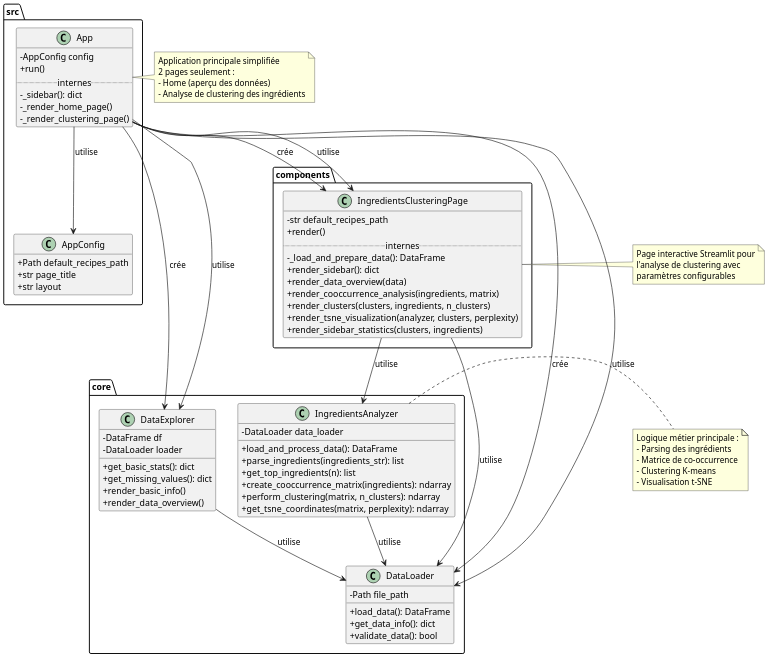
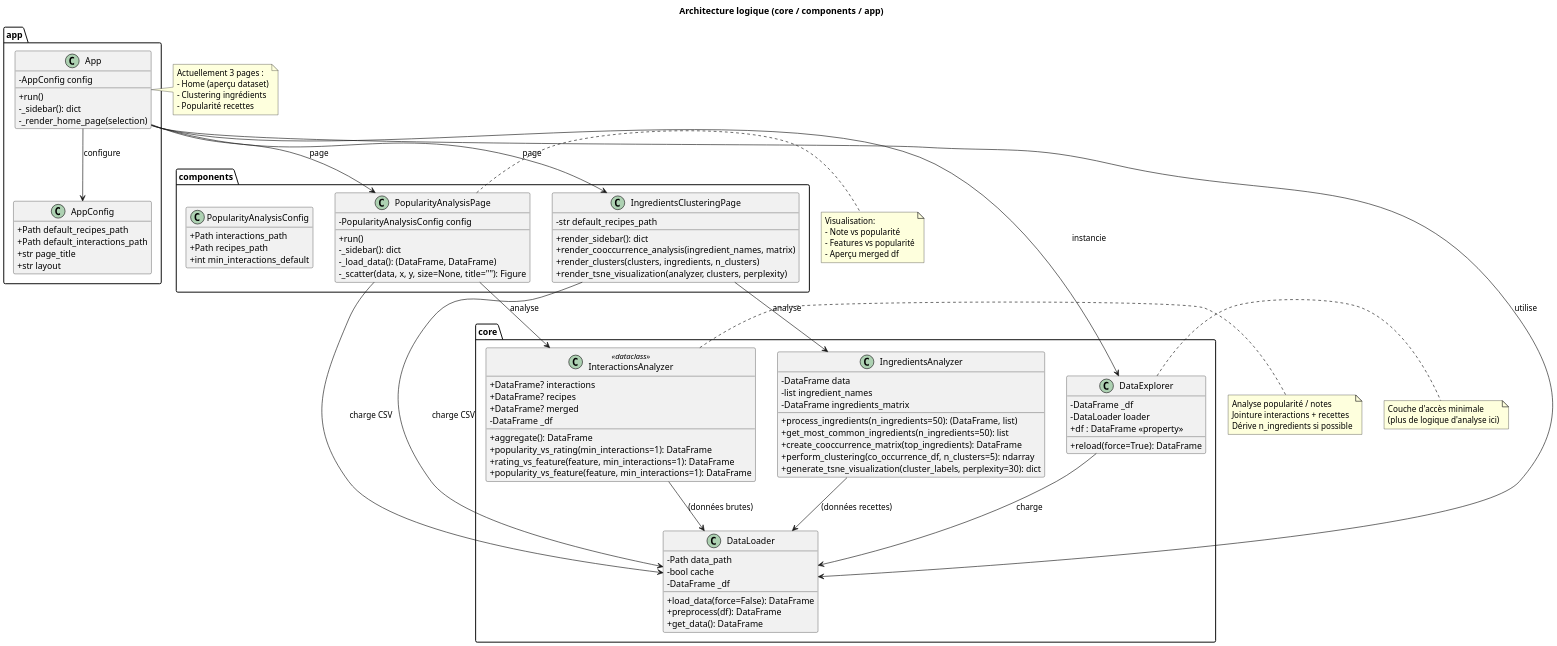
Before and after one commit to saraelmoun/IADATA700_mangetamain_fork: the diagram in docs/class-diagram.puml, drawn with PlantUML. The commit also changed 11 other files, not shown here.

```diff
--- a/docs/class-diagram.puml
+++ b/docs/class-diagram.puml
@@ -1,108 +1,130 @@
 @startuml class-diagram
 hide empty methods
 skinparam classAttributeIconSize 0
 skinparam shadowing false
-skinparam defaultFontName JetBrains Mono
+skinparam defaultFontName JetBrains Mono, Consolas, monospace
 skinparam dpi 150
 
-package "src" {
+title Architecture logique (core / components / app)
+
+package "app" {
     class App {
         -AppConfig config
         +run()
-        ..internes..
         -_sidebar(): dict
-        -_render_home_page()
-        -_render_clustering_page()
+        -_render_home_page(selection)
     }
-
     class AppConfig {
         +Path default_recipes_path
+        +Path default_interactions_path
         +str page_title
         +str layout
     }
 }
 
 package "core" {
     class DataLoader {
-        -Path file_path
-        +load_data(): DataFrame
-        +get_data_info(): dict
-        +validate_data(): bool
+        -Path data_path
+        -bool cache
+        -DataFrame _df
+        +load_data(force=False): DataFrame
+        +preprocess(df): DataFrame
+        +get_data(): DataFrame
     }
 
     class DataExplorer {
-        -DataFrame df
+        -DataFrame _df
         -DataLoader loader
-        +get_basic_stats(): dict
-        +get_missing_values(): dict
-        +render_basic_info()
-        +render_data_overview()
+        +df : DataFrame <<property>>
+        +reload(force=True): DataFrame
+    }
+
+    class InteractionsAnalyzer <<dataclass>> {
+        +DataFrame? interactions
+        +DataFrame? recipes
+        +DataFrame? merged
+        -DataFrame _df
+        +aggregate(): DataFrame
+        +popularity_vs_rating(min_interactions=1): DataFrame
+        +rating_vs_feature(feature, min_interactions=1): DataFrame
+        +popularity_vs_feature(feature, min_interactions=1): DataFrame
     }
 
     class IngredientsAnalyzer {
-        -DataLoader data_loader
-        +load_and_process_data(): DataFrame
-        +parse_ingredients(ingredients_str): list
-        +get_top_ingredients(n): list
-        +create_cooccurrence_matrix(ingredients): ndarray
-        +perform_clustering(matrix, n_clusters): ndarray
-        +get_tsne_coordinates(matrix, perplexity): ndarray
+        -DataFrame data
+        -list ingredient_names
+        -DataFrame ingredients_matrix
+        +process_ingredients(n_ingredients=50): (DataFrame, list)
+        +get_most_common_ingredients(n_ingredients=50): list
+        +create_cooccurrence_matrix(top_ingredients): DataFrame
+        +perform_clustering(co_occurrence_df, n_clusters=5): ndarray
+        +generate_tsne_visualization(cluster_labels, perplexity=30): dict
     }
 }
 
 package "components" {
     class IngredientsClusteringPage {
         -str default_recipes_path
-        +render()
-        ..internes..
-        -_load_and_prepare_data(): DataFrame
         +render_sidebar(): dict
-        +render_data_overview(data)
-        +render_cooccurrence_analysis(ingredients, matrix)
+        +render_cooccurrence_analysis(ingredient_names, matrix)
         +render_clusters(clusters, ingredients, n_clusters)
         +render_tsne_visualization(analyzer, clusters, perplexity)
-        +render_sidebar_statistics(clusters, ingredients)
+    }
+
+    class PopularityAnalysisPage {
+        -PopularityAnalysisConfig config
+        +run()
+        -_sidebar(): dict
+        -_load_data(): (DataFrame, DataFrame)
+        -_scatter(data, x, y, size=None, title=""): Figure
+    }
+
+    class PopularityAnalysisConfig {
+        +Path interactions_path
+        +Path recipes_path
+        +int min_interactions_default
     }
 }
 
-' Relations principales
-App --> AppConfig : utilise
-App --> DataLoader : crée
-App --> DataExplorer : crée
-App --> IngredientsClusteringPage : crée
+' ================= Relationships =================
+App --> AppConfig : configure
+App --> DataLoader : utilise
+App --> DataExplorer : instancie
+App --> IngredientsClusteringPage : page
+App --> PopularityAnalysisPage : page
 
-' Relations dans core
-DataExplorer --> DataLoader : utilise
-IngredientsAnalyzer --> DataLoader : utilise
+DataExplorer --> DataLoader : charge
+InteractionsAnalyzer --> DataLoader : (données brutes)
+IngredientsAnalyzer --> DataLoader : (données recettes)
 
-' Relations principales
-App --> DataLoader : utilise
-App --> DataExplorer : utilise
-App --> IngredientsClusteringPage : utilise
+PopularityAnalysisPage --> InteractionsAnalyzer : analyse
+PopularityAnalysisPage --> DataLoader : charge CSV
+IngredientsClusteringPage --> IngredientsAnalyzer : analyse
+IngredientsClusteringPage --> DataLoader : charge CSV
 
-' Relations avec components
-IngredientsClusteringPage --> DataLoader : utilise
-IngredientsClusteringPage --> IngredientsAnalyzer : utilise
+note right of InteractionsAnalyzer
+    Analyse popularité / notes
+    Jointure interactions + recettes
+    Dérive n_ingredients si possible
+end note
+
+note right of PopularityAnalysisPage
+    Visualisation:
+    - Note vs popularité
+    - Features vs popularité
+    - Aperçu merged df
+end note
+
+note right of DataExplorer
+    Couche d'accès minimale
+    (plus de logique d'analyse ici)
+end note
 
 note right of App
-  Application principale simplifiée
-  2 pages seulement :
-  - Home (aperçu des données)
-  - Analyse de clustering des ingrédients
-end note
-
-note right of IngredientsAnalyzer
-  Logique métier principale :
-  - Parsing des ingrédients
-  - Matrice de co-occurrence
-  - Clustering K-means
-  - Visualisation t-SNE
-end note
-
-note right of IngredientsClusteringPage
-  Page interactive Streamlit pour
-  l'analyse de clustering avec
-  paramètres configurables
+    Actuellement 3 pages :
+    - Home (aperçu dataset)
+    - Clustering ingrédients
+    - Popularité recettes
 end note
 
 @enduml
```
